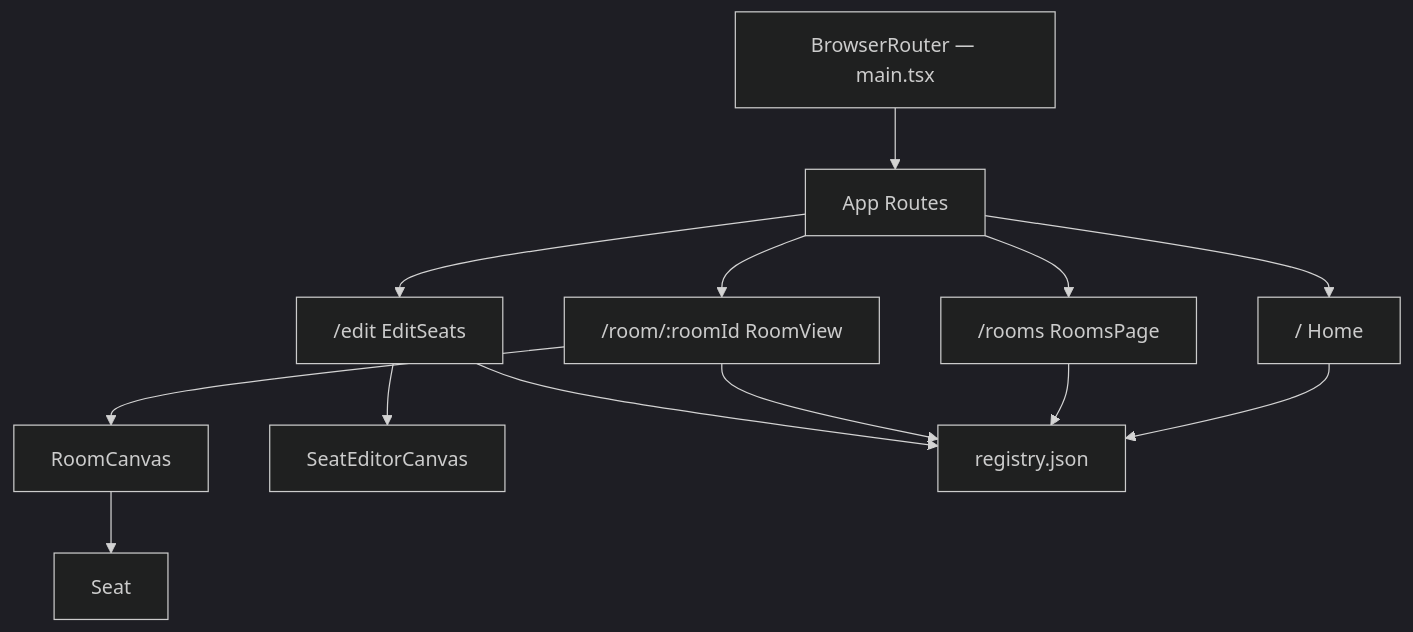
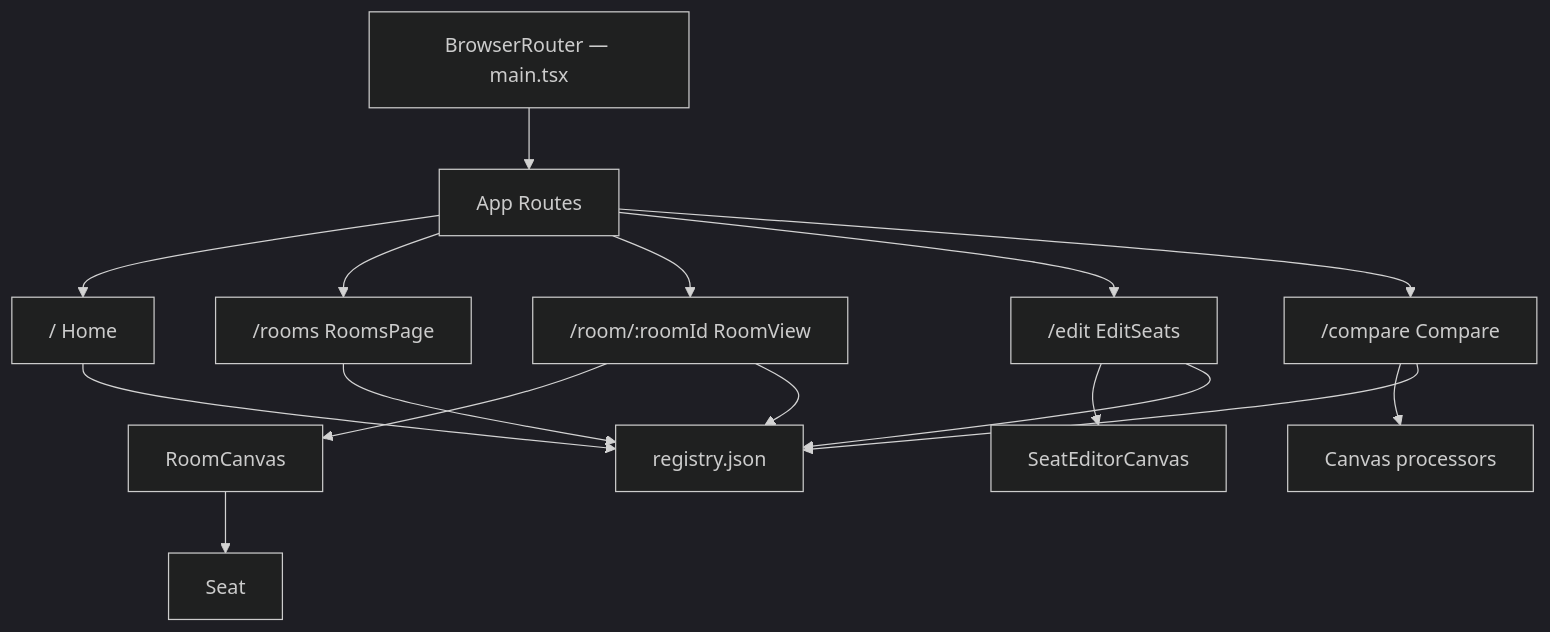
The first of 2 diagrams in README.md (bryanseah234/smuseats), drawn with Mermaid (dark theme) before and after one commit. The commit also changed other lines of this file and 11 other files, not shown here.

````diff
--- a/README.md
+++ b/README.md
@@ -125,12 +159,14 @@
 ```mermaid
 flowchart TD
   A[BrowserRouter — main.tsx] --> B[App Routes]
   B --> C["/ Home"]
   B --> D["/rooms RoomsPage"]
   B --> E["/room/:roomId RoomView"]
   B --> F["/edit EditSeats"]
+  B --> J["/compare Compare"]
   E --> G[RoomCanvas]
   G --> H[Seat]
   F --> I[SeatEditorCanvas]
-  C & D & E & F --> R[registry.json]
+  J --> K[Canvas processors]
+  C & D & E & F & J --> R[registry.json]
 ```
````
